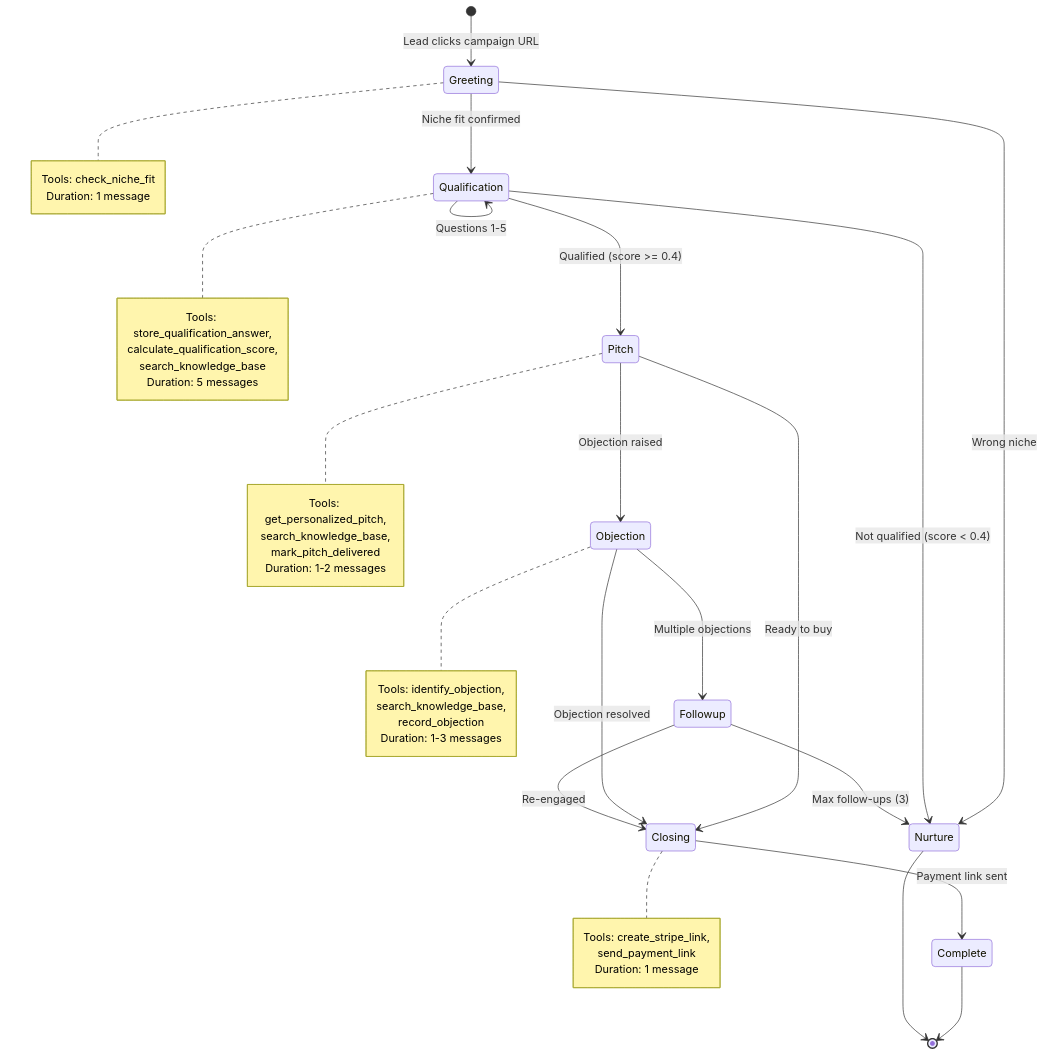
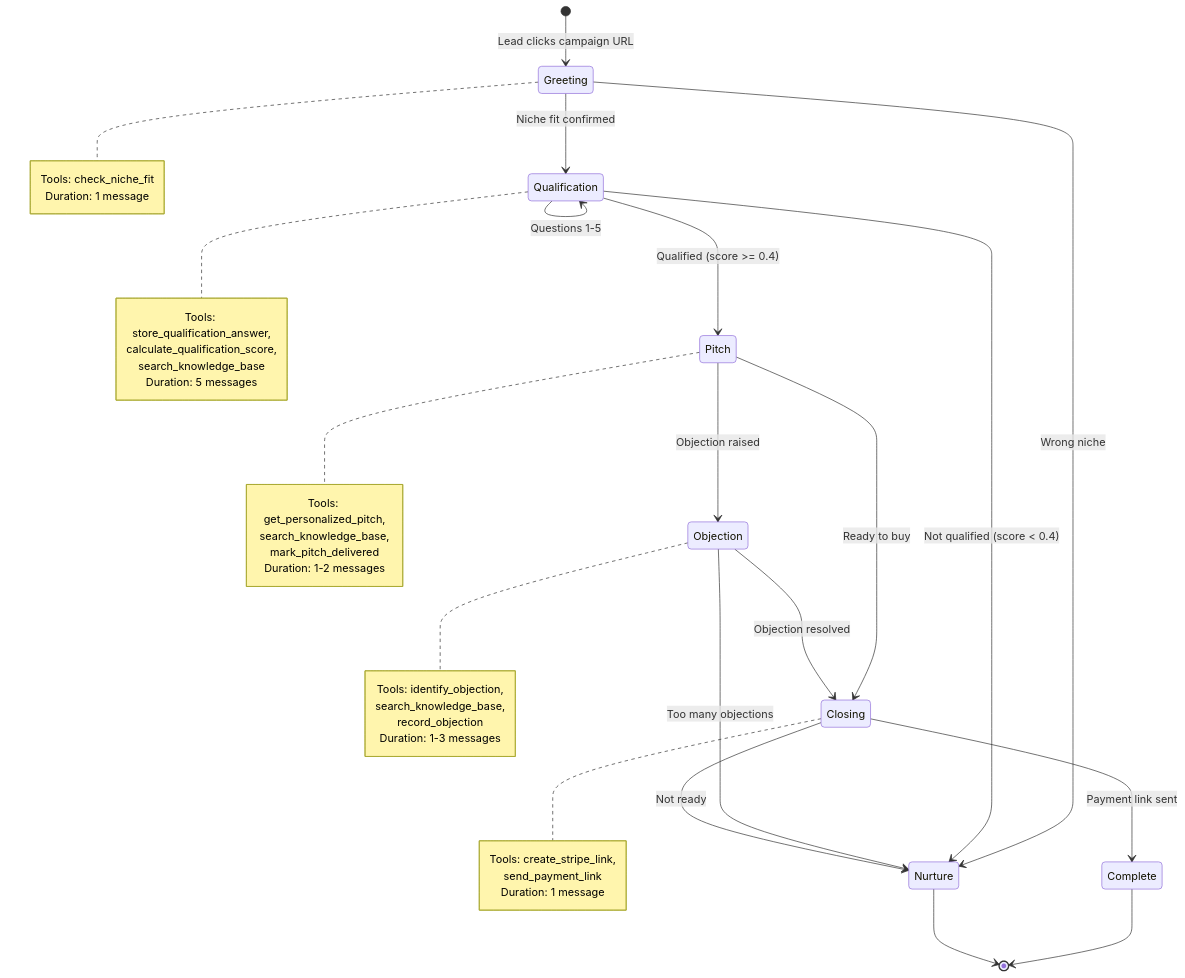
Diagram 21 of 23 in limitlessos/ARCHITECTURE_DIAGRAMS.md (blockvoltcr7/langgraph-supervisors), drawn with Mermaid before and after one commit. The commit also changed other lines of this file and 17 other files, not shown here.

````diff
--- a/limitlessos/ARCHITECTURE_DIAGRAMS.md
+++ b/limitlessos/ARCHITECTURE_DIAGRAMS.md
@@ -909,57 +862,55 @@
 ```mermaid
 stateDiagram-v2
     [*] --> Greeting: Lead clicks campaign URL
     
     Greeting --> Qualification: Niche fit confirmed
     Greeting --> Nurture: Wrong niche
     
     Qualification --> Qualification: Questions 1-5
     Qualification --> Pitch: Qualified (score >= 0.4)
     Qualification --> Nurture: Not qualified (score < 0.4)
     
     Pitch --> Objection: Objection raised
     Pitch --> Closing: Ready to buy
     
     Objection --> Closing: Objection resolved
-    Objection --> Followup: Multiple objections
-    
-    Followup --> Closing: Re-engaged
-    Followup --> Nurture: Max follow-ups (3)
+    Objection --> Nurture: Too many objections
     
     Closing --> Complete: Payment link sent
+    Closing --> Nurture: Not ready
     
     Complete --> [*]
     Nurture --> [*]
     
     note right of Greeting
         Tools: check_niche_fit
         Duration: 1 message
     end note
     
     note right of Qualification
         Tools: store_qualification_answer,
         calculate_qualification_score,
         search_knowledge_base
         Duration: 5 messages
     end note
     
     note right of Pitch
         Tools: get_personalized_pitch,
         search_knowledge_base,
         mark_pitch_delivered
         Duration: 1-2 messages
     end note
     
     note right of Objection
         Tools: identify_objection,
         search_knowledge_base,
         record_objection
         Duration: 1-3 messages
     end note
     
     note right of Closing
         Tools: create_stripe_link,
         send_payment_link
         Duration: 1 message
     end note
 ```
````
